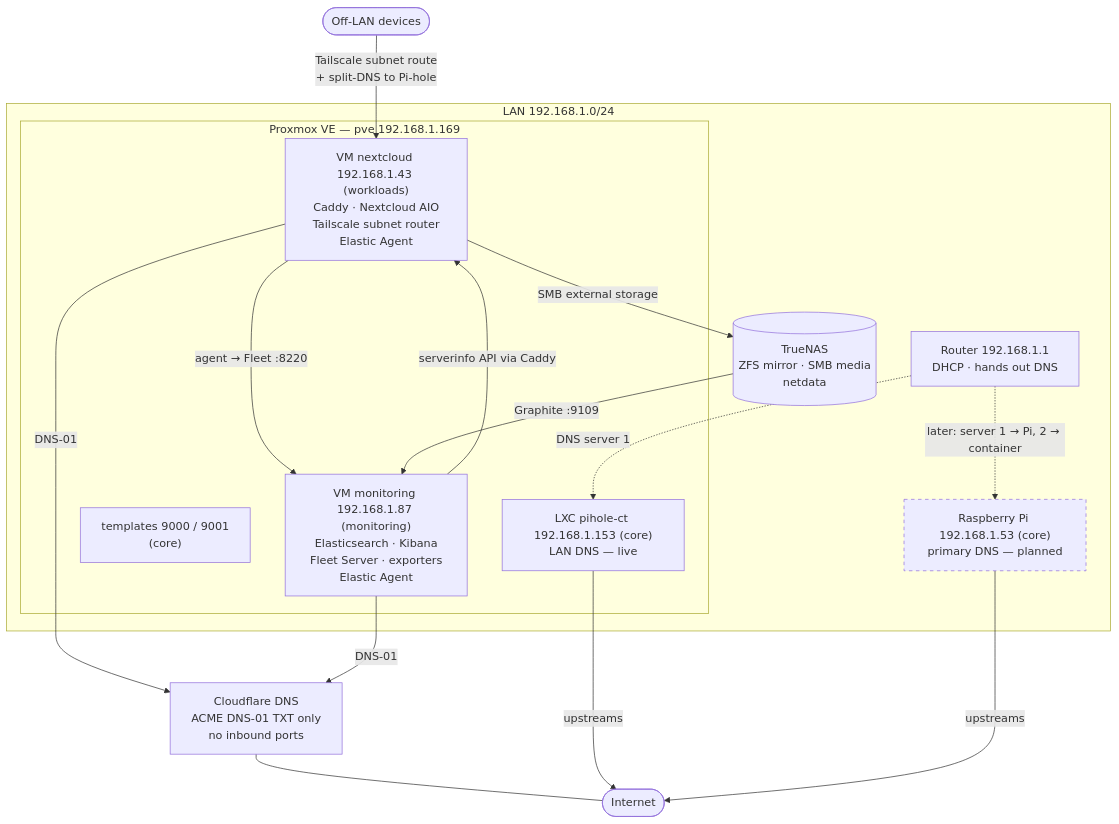
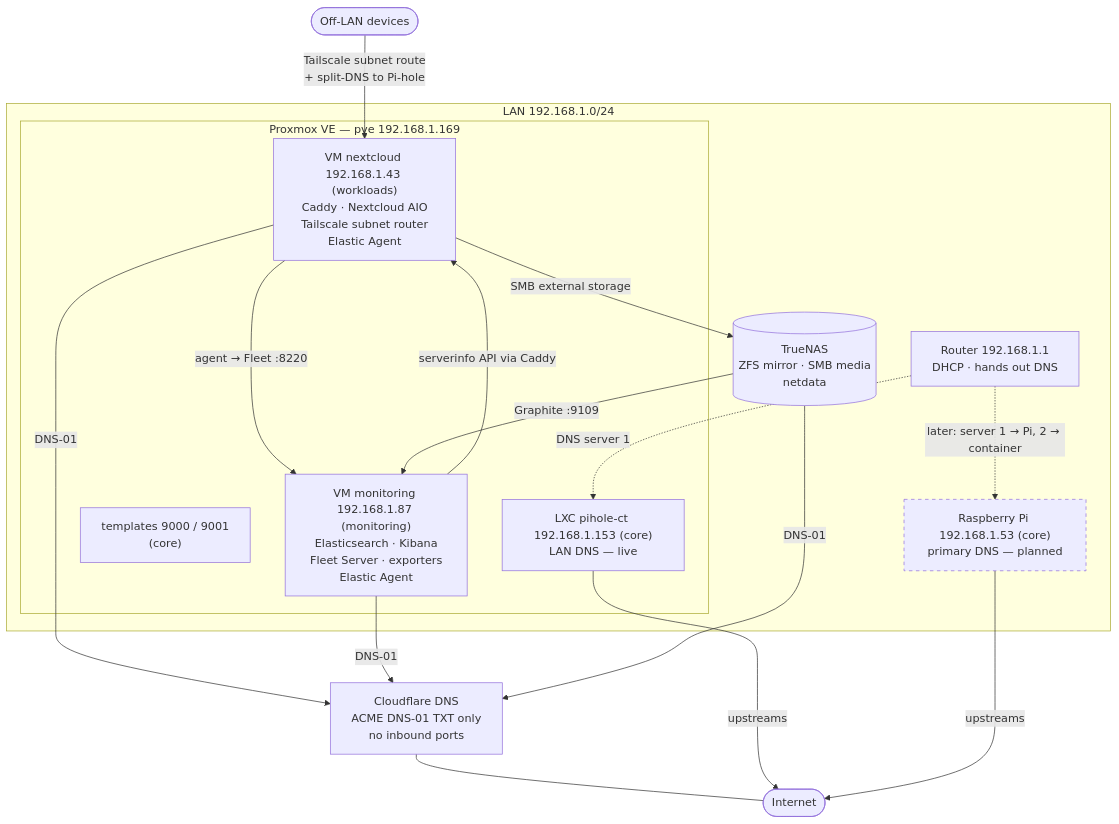
Before and after one commit to colac/homelab-proxmox: the second of 5 diagrams in docs/ARCHITECTURE.md, drawn with Mermaid. The commit also changed other lines of this file and 21 other files, not shown here.

````diff
--- a/docs/ARCHITECTURE.md
+++ b/docs/ARCHITECTURE.md
@@ -84,32 +85,32 @@
 ```mermaid
 flowchart TB
   internet(["Internet"])
   cf["Cloudflare DNS<br/>ACME DNS-01 TXT only<br/>no inbound ports"]
   off(["Off-LAN devices"])
 
   subgraph lan["LAN 192.168.1.0/24"]
     router["Router 192.168.1.1<br/>DHCP · hands out DNS"]
     pi["Raspberry Pi 192.168.1.53 (core)<br/>primary DNS — planned"]
     subgraph pve["Proxmox VE — pve 192.168.1.169"]
       pihole["LXC pihole-ct 192.168.1.153 (core)<br/>LAN DNS — live"]
       tpl["templates 9000 / 9001<br/>(core)"]
       nc["VM nextcloud 192.168.1.43 (workloads)<br/>Caddy · Nextcloud AIO<br/>Tailscale subnet router<br/>Elastic Agent"]
       mon["VM monitoring 192.168.1.87 (monitoring)<br/>Elasticsearch · Kibana<br/>Fleet Server · exporters<br/>Elastic Agent"]
     end
     nas[("TrueNAS<br/>ZFS mirror · SMB media<br/>netdata")]
   end
 
   nc -- "SMB external storage" --> nas
   nc -- "agent → Fleet :8220" --> mon
   nas -- "Graphite :9109" --> mon
   mon -- "serverinfo API via Caddy" --> nc
-  nc & mon -- "DNS-01" --> cf
+  nc & mon & nas -- "DNS-01" --> cf
   cf --- internet
   off -- "Tailscale subnet route<br/>+ split-DNS to Pi-hole" --> nc
   router -. "DNS server 1" .-> pihole
   router -. "later: server 1 → Pi, 2 → container" .-> pi
   pihole & pi -- "upstreams" --> internet
 
   classDef planned stroke-dasharray: 5 5
   class pi planned
 ```
````
